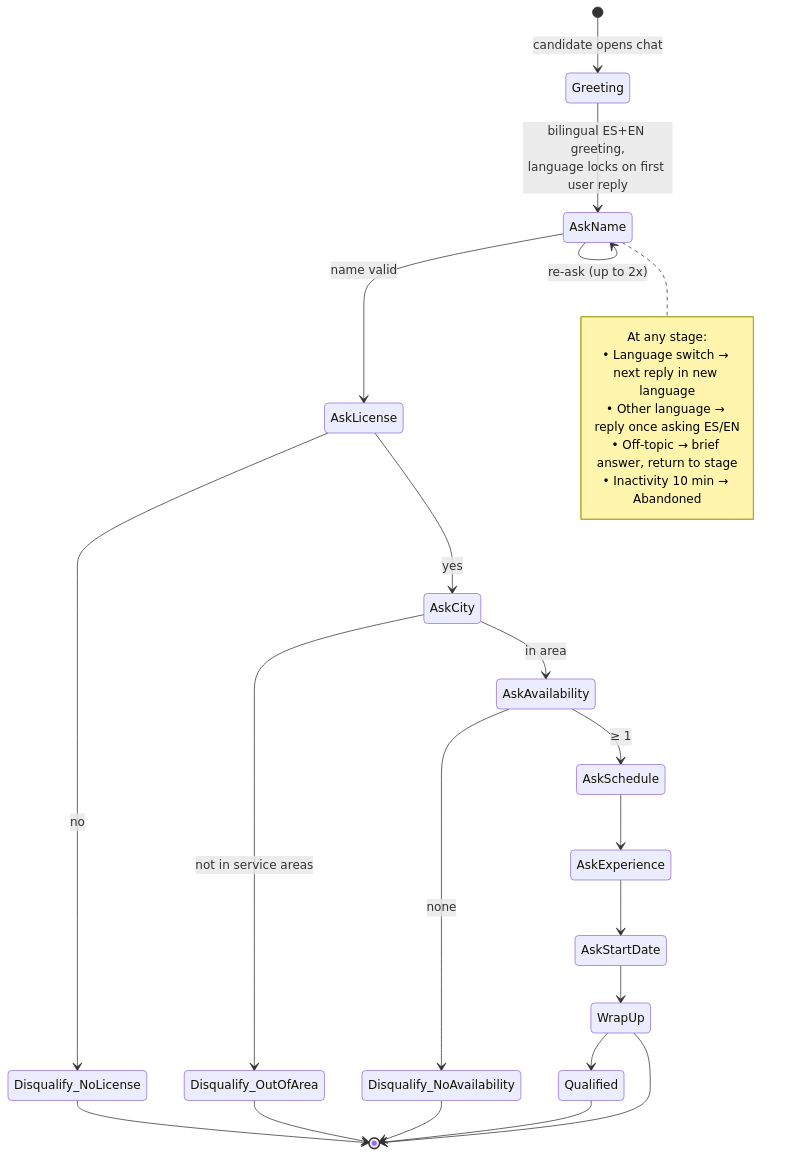
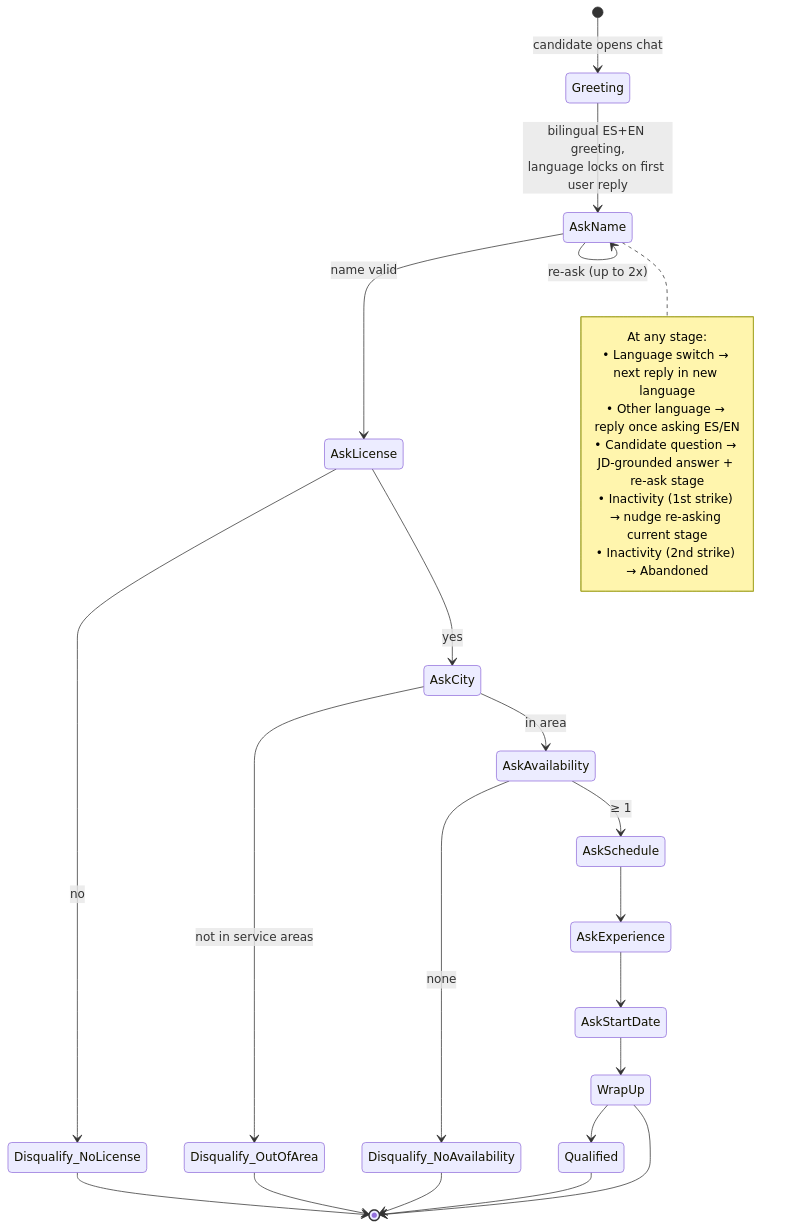
Before and after one commit to brenodacosta/screening_ai: the third of 3 diagrams in docs/architecture.md, drawn with Mermaid. The commit also changed other lines of this file and 2 other files, not shown here.

````diff
--- a/docs/architecture.md
+++ b/docs/architecture.md
@@ -103,30 +103,31 @@
 ```mermaid
 stateDiagram-v2
     [*] --> Greeting: candidate opens chat
     Greeting --> AskName: bilingual ES+EN greeting,<br/>language locks on first user reply
     AskName --> AskLicense: name valid
     AskName --> AskName: re-ask (up to 2x)
     AskLicense --> Disqualify_NoLicense: no
     AskLicense --> AskCity: yes
     AskCity --> Disqualify_OutOfArea: not in service areas
     AskCity --> AskAvailability: in area
     AskAvailability --> Disqualify_NoAvailability: none
     AskAvailability --> AskSchedule: ≥ 1
     AskSchedule --> AskExperience
     AskExperience --> AskStartDate
     AskStartDate --> WrapUp
     WrapUp --> Qualified
     WrapUp --> [*]
     Qualified --> [*]
     Disqualify_NoLicense --> [*]
     Disqualify_OutOfArea --> [*]
     Disqualify_NoAvailability --> [*]
 
     note right of AskName
         At any stage:
         • Language switch → next reply in new language
         • Other language → reply once asking ES/EN
-        • Off-topic → brief answer, return to stage
-        • Inactivity 10 min → Abandoned
+        • Candidate question → JD-grounded answer + re-ask stage
+        • Inactivity (1st strike) → nudge re-asking current stage
+        • Inactivity (2nd strike) → Abandoned
     end note
 ```
````
